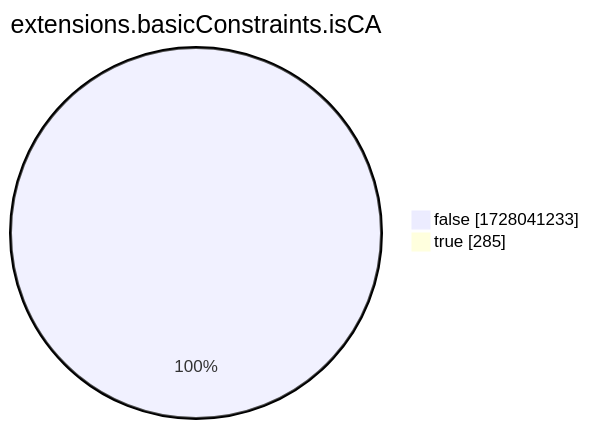
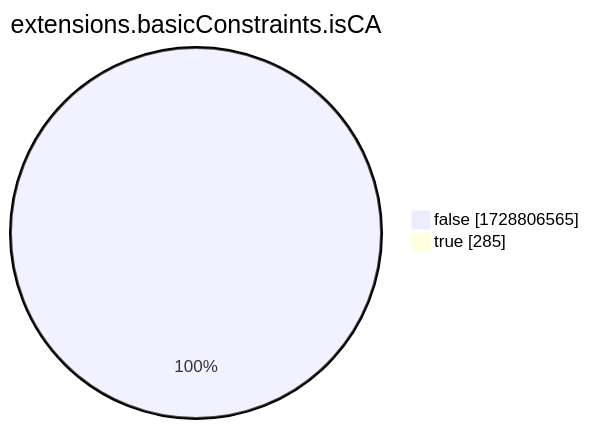
One commit to christiankrug/ctmonitor_visualization changed the eighth of 15 diagrams in xenon2022/README.md. Above: the diagram before and after it, drawn with Mermaid. The commit also changed other lines of this file, not shown here.

````diff
--- a/xenon2022/README.md
+++ b/xenon2022/README.md
@@ -2867,6 +2867,6 @@
 ```mermaid
 pie showData
 title extensions.basicConstraints.isCA
-"false" :1728041233
+"false" :1728806565
 "true" :285
 ```
````
